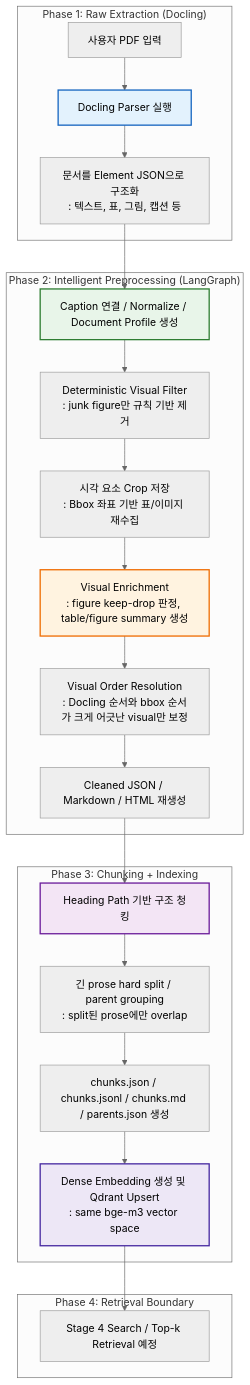
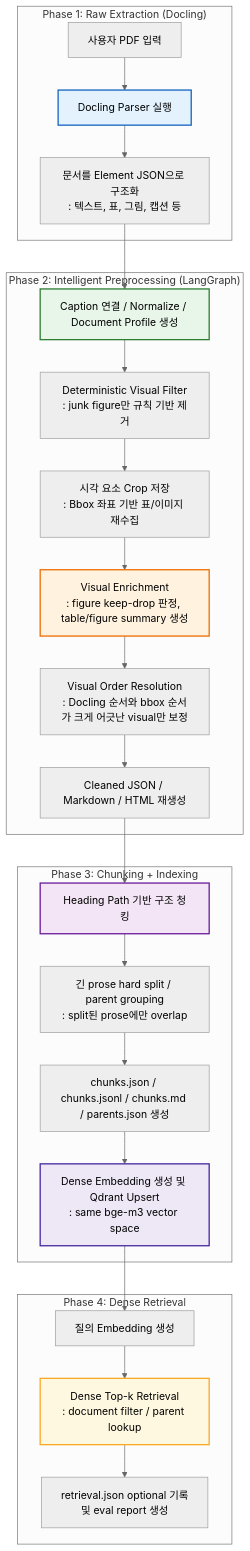
The diagram in README.md (sonsukwoo/doc-chat-rag), drawn with Mermaid (neutral theme) before and after one commit. The commit also changed other lines of this file and 20 other files, not shown here.

Commit message:
stage3·4 정리 및 dense 검색 기준선 구축

````diff
--- a/README.md
+++ b/README.md
@@ -54,33 +54,36 @@
 ```mermaid
 flowchart TD
     subgraph "Phase 1: Raw Extraction (Docling)"
         A[사용자 PDF 입력] --> B[Docling Parser 실행]
         B --> C[문서를 Element JSON으로 구조화\n: 텍스트, 표, 그림, 캡션 등]
     end
 
     subgraph "Phase 2: Intelligent Preprocessing (LangGraph)"
         C --> D[Caption 연결 / Normalize / Document Profile 생성]
         D --> E[Deterministic Visual Filter\n: junk figure만 규칙 기반 제거]
         E --> F[시각 요소 Crop 저장\n: Bbox 좌표 기반 표/이미지 재수집]
         F --> G[Visual Enrichment\n: figure keep-drop 판정, table/figure summary 생성]
         G --> H[Visual Order Resolution\n: Docling 순서와 bbox 순서가 크게 어긋난 visual만 보정]
         H --> I[Cleaned JSON / Markdown / HTML 재생성]
     end
 
     subgraph "Phase 3: Chunking + Indexing"
         I --> J[Heading Path 기반 구조 청킹]
         J --> K[긴 prose hard split / parent grouping\n: split된 prose에만 overlap]
         K --> L[chunks.json / chunks.jsonl / chunks.md / parents.json 생성]
         L --> M[Dense Embedding 생성 및 Qdrant Upsert\n: same bge-m3 vector space]
     end
 
-    subgraph "Phase 4: Retrieval Boundary"
-        M --> N[Stage 4 Search / Top-k Retrieval 예정]
+    subgraph "Phase 4: Dense Retrieval"
+        M --> N[질의 Embedding 생성]
+        N --> O[Dense Top-k Retrieval\n: document filter / parent lookup]
+        O --> P[retrieval.json optional 기록\n및 eval report 생성]
     end
 
     style B fill:#e3f2fd,stroke:#1565c0,stroke-width:2px,color:#000
     style D fill:#e8f5e9,stroke:#2e7d32,stroke-width:2px,color:#000
     style G fill:#fff3e0,stroke:#ef6c00,stroke-width:2px,color:#000
     style J fill:#f3e5f5,stroke:#6a1b9a,stroke-width:2px,color:#000
     style M fill:#ede7f6,stroke:#4527a0,stroke-width:2px,color:#000
+    style O fill:#fff8e1,stroke:#f9a825,stroke-width:2px,color:#000
 ```
````
